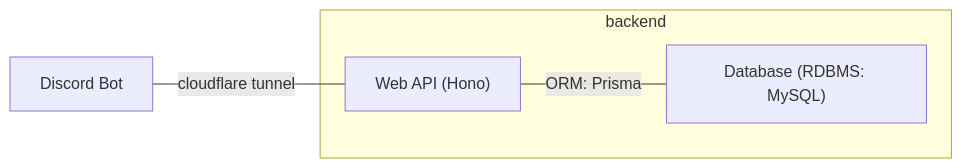
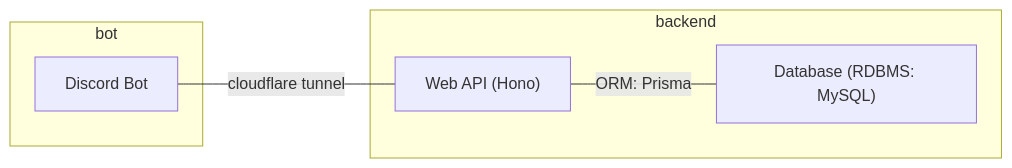
One commit to Myxogastria0808/DebtBot changed the first of 2 diagrams in README.md. Above: the diagram before and after it, drawn with Mermaid.

````diff
--- a/README.md
+++ b/README.md
@@ -24,7 +24,12 @@
 ```mermaid
 flowchart LR;
-    bot[Discord Bot] --cloudflare tunnel--- webApi["Web API (Hono)"]
+    discordBot[Discord Bot] --cloudflare tunnel--- webApi["Web API (Hono)"]
+    webApi["Web API (Hono)"] --ORM: Prisma--- db["Database (RDBMS: MySQL)"]
+    subgraph bot
+    discordBot
+    end
     subgraph backend
-    webApi["Web API (Hono)"] --ORM: Prisma--- db["Database (RDBMS: MySQL)"]
+    webApi
+    db
     end
 ```
````
